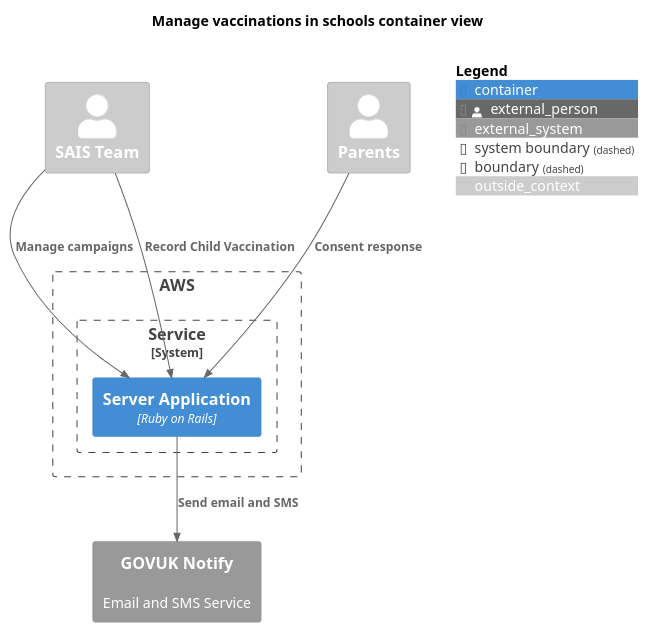
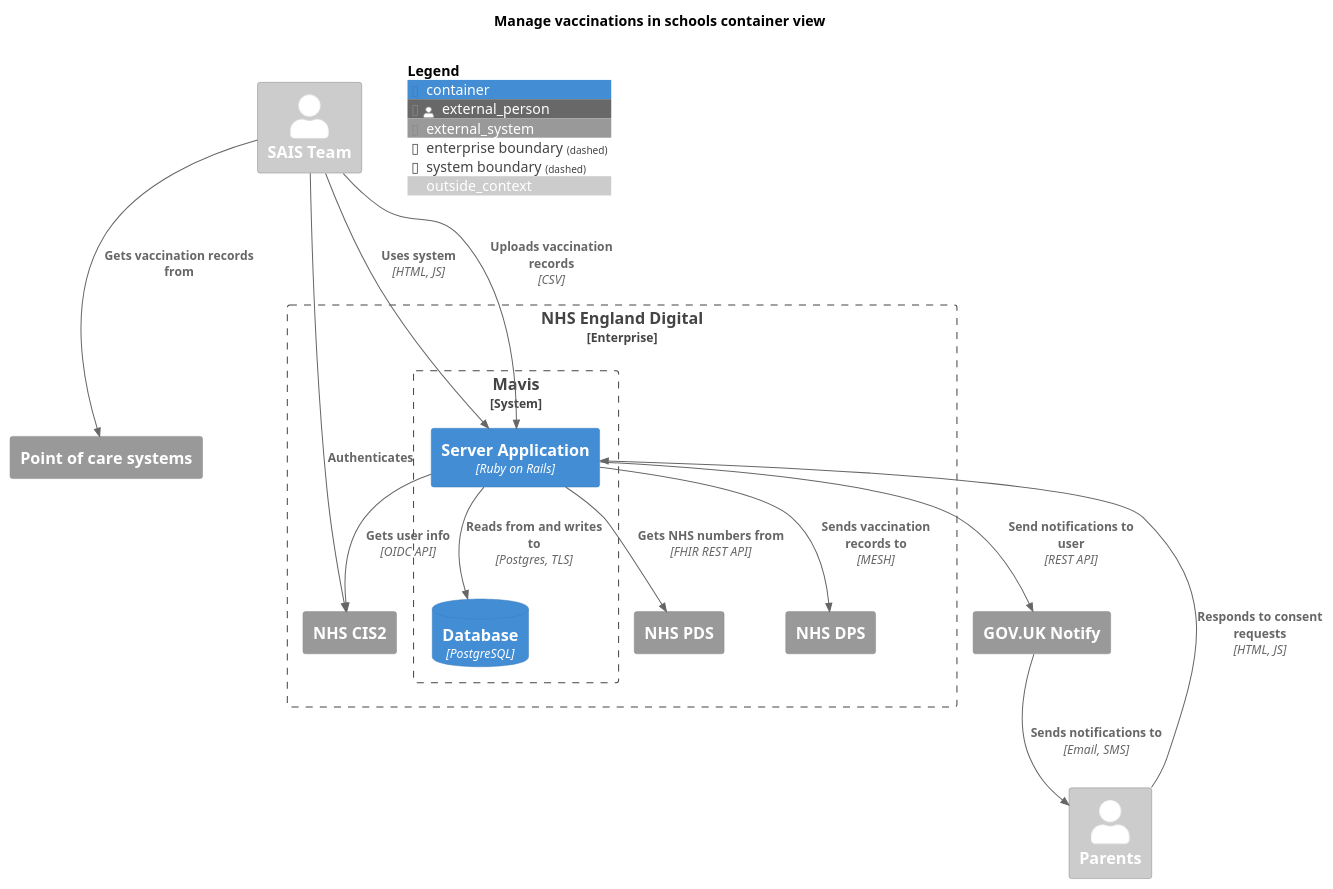
Before and after one commit to nhsuk/manage-vaccinations-in-schools: the diagram in docs/diagrams/container-view.puml, drawn with PlantUML. The commit also changed 4 other files, not shown here.

Commit message:
Update architecture diagrams

```diff
--- a/docs/diagrams/container-view.puml
+++ b/docs/diagrams/container-view.puml
@@ -1,31 +1,45 @@
 @startuml
 
 !include <C4/C4_Container.puml>
 
 LAYOUT_TOP_DOWN()
 
 title "Manage vaccinations in schools container view"
 
 AddElementTag("outside_context", $bgColor="#CCC", $fontColor="#FFF")
 
 Person_Ext(sais, "SAIS Team", $tags="outside_context")
 Person_Ext(parents, "Parents", $tags="outside_context")
 
-Boundary(aws, "AWS") {
-  System_Boundary(manage, "Service", "") {
-    Container(server, "Server Application", "Ruby on Rails")
+System_Ext(poc, "Point of care systems")
+
+Enterprise_Boundary(nhs, "NHS England Digital") {
+  System_Boundary(manage, "Mavis") {
+    Container(mavis, "Server Application", "Ruby on Rails")
+    ContainerDb(mavis_db, "Database", "PostgreSQL")
   }
+
+  System_Ext(cis, "NHS CIS2")
+  System_Ext(pds, "NHS PDS")
+  System_Ext(dps, "NHS DPS")
 }
 
-System_Ext(govukNotify, "GOVUK Notify", "Email and SMS Service")
+System_Ext(notify, "GOV.UK Notify")
 
 AddRelTag("optional", $textColor="black", $lineColor="black", $lineStyle="dashed")
 
-Rel(sais, server, "Manage campaigns")
-Rel(sais, server, "Record Child Vaccination")
-Rel(parents, server, "Consent response")
-Rel(server, govukNotify, "Send email and SMS")
+Rel(sais, cis, "Authenticates")
+Rel(mavis, cis, "Gets user info", "OIDC API")
+Rel(sais, mavis, "Uses system", "HTML, JS")
+Rel(sais, poc, "Gets vaccination records from")
+Rel(sais, mavis, "Uploads vaccination records", "CSV")
+Rel(parents, mavis, "Responds to consent requests", "HTML, JS")
+Rel(mavis, notify, "Send notifications to user", "REST API")
+Rel(notify, parents, "Sends notifications to", "Email, SMS")
+Rel(mavis, pds, "Gets NHS numbers from", "FHIR REST API")
+Rel(mavis, dps, "Sends vaccination records to", "MESH")
+Rel(mavis, mavis_db, "Reads from and writes to", "Postgres, TLS")
 
 SHOW_FLOATING_LEGEND()
 
 @enduml
```
